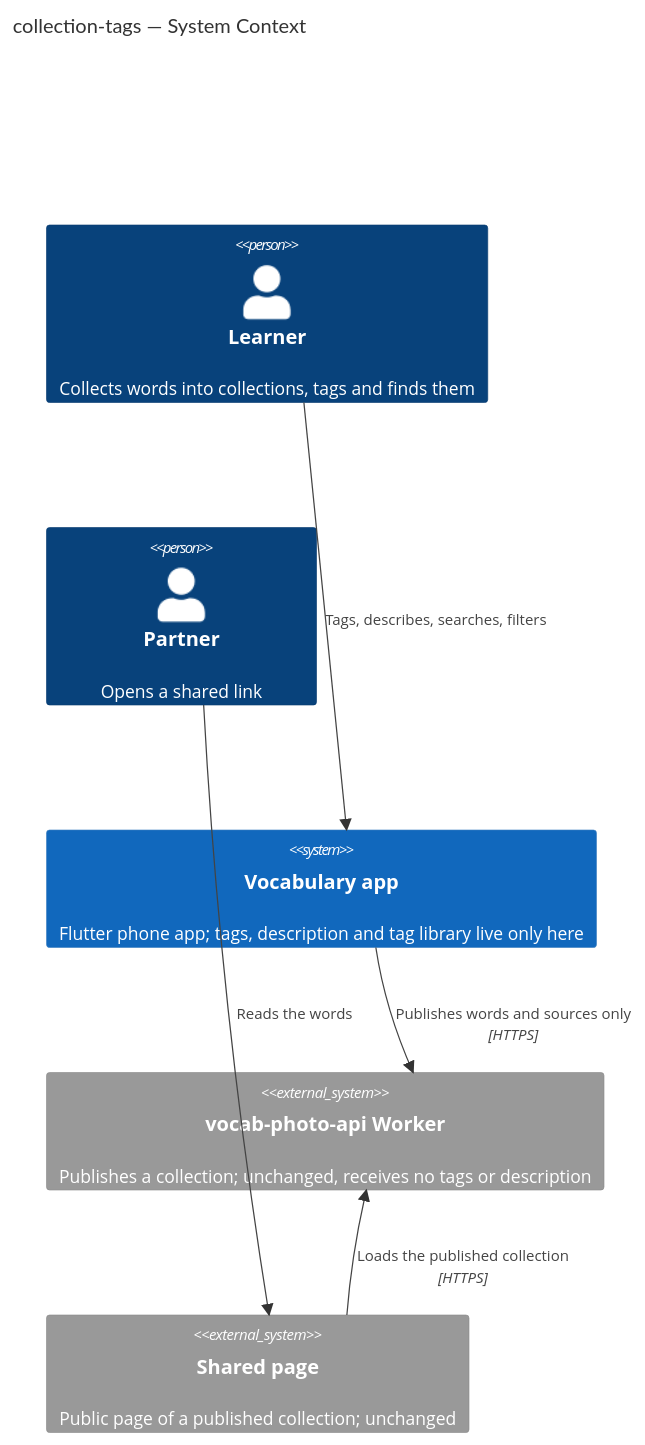
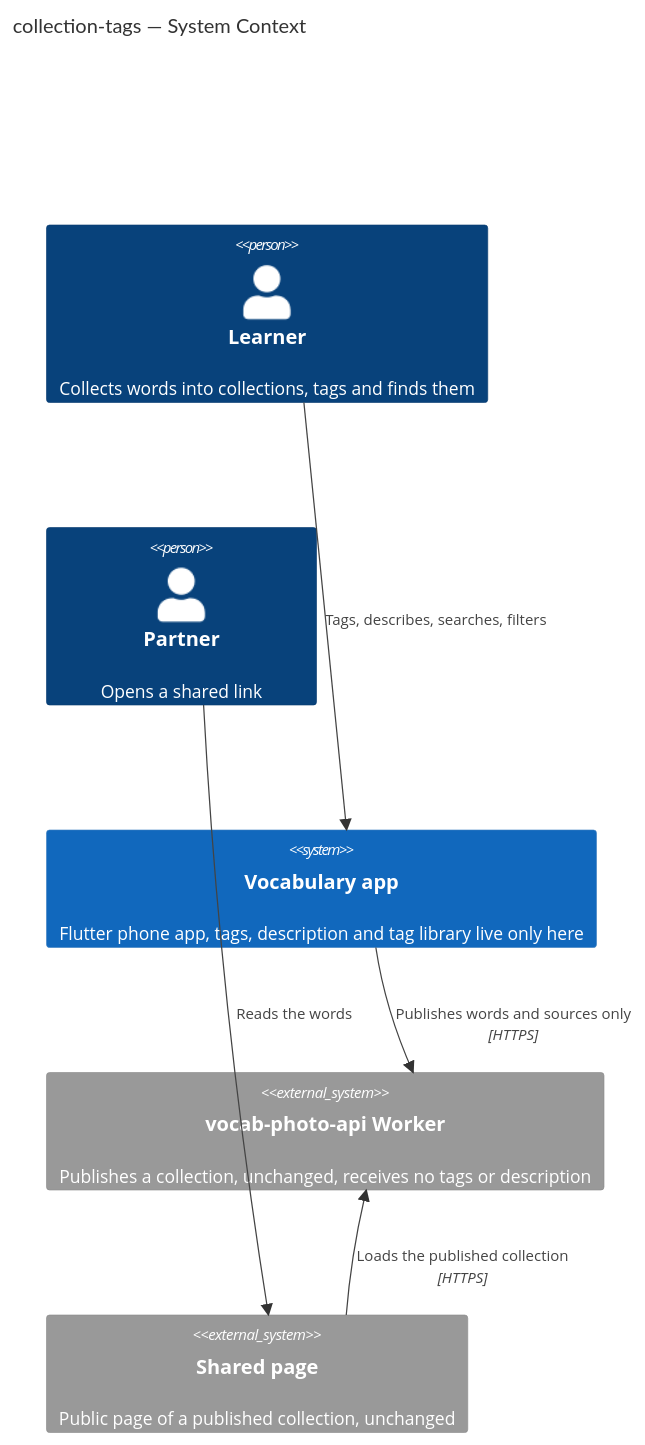
The first of 11 diagrams in docs/features/collection-tags/sad.md (mlevytskiy/flutter_vocabulary_app), drawn with Mermaid before and after one commit. The commit also changed other lines of this file and 1 other file, not shown here.

Commit message:
sequences: collection-tags runtime flows

````diff
--- a/docs/features/collection-tags/sad.md
+++ b/docs/features/collection-tags/sad.md
@@ -73,15 +73,15 @@
 ```mermaid
 C4Context
     title collection-tags — System Context
 
     Person(learner, "Learner", "Collects words into collections, tags and finds them")
     Person(partner, "Partner", "Opens a shared link")
-    System(app, "Vocabulary app", "Flutter phone app; tags, description and tag library live only here")
-    System_Ext(worker, "vocab-photo-api Worker", "Publishes a collection; unchanged, receives no tags or description")
-    System_Ext(page, "Shared page", "Public page of a published collection; unchanged")
+    System(app, "Vocabulary app", "Flutter phone app, tags, description and tag library live only here")
+    System_Ext(worker, "vocab-photo-api Worker", "Publishes a collection, unchanged, receives no tags or description")
+    System_Ext(page, "Shared page", "Public page of a published collection, unchanged")
 
     Rel(learner, app, "Tags, describes, searches, filters")
     Rel(app, worker, "Publishes words and sources only", "HTTPS")
     Rel(partner, page, "Reads the words")
     Rel(page, worker, "Loads the published collection", "HTTPS")
 ```
````
